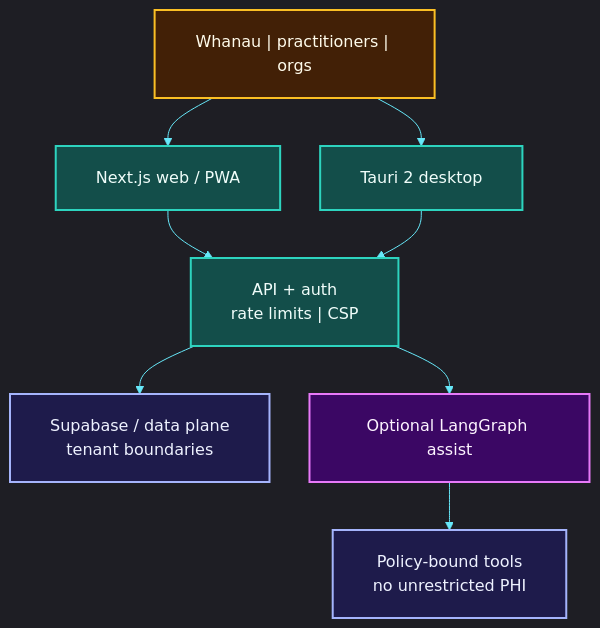
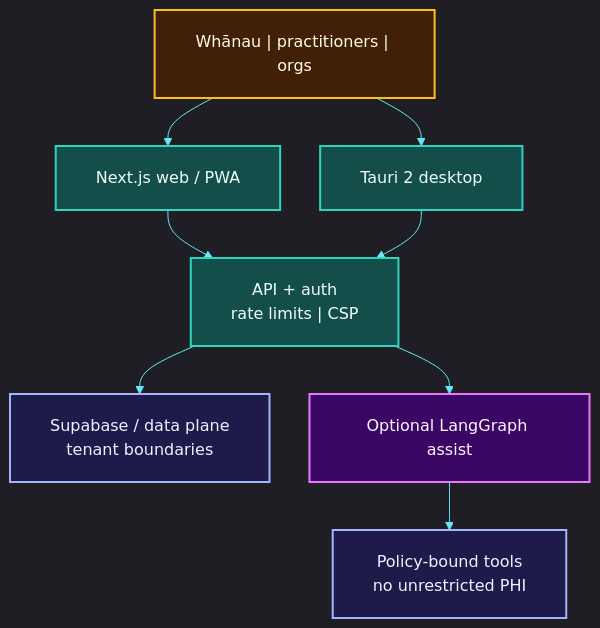
The diagram in README.md (fivepanelhat/Front_Line_Whanau), drawn with Mermaid before and after one commit. The commit also changed other lines of this file and 130 other files, not shown here.

````diff
--- a/README.md
+++ b/README.md
@@ -154,46 +154,46 @@
 ```mermaid
 %%{init: {
  "theme": "dark",
  "themeVariables": {
  "fontSize": "16px",
  "fontFamily": "Inter, ui-sans-serif, system-ui, sans-serif",
  "primaryColor": "#0ea5e9",
  "primaryTextColor": "#f8fafc",
  "primaryBorderColor": "#38bdf8",
  "lineColor": "#67e8f9",
  "secondaryColor": "#1e293b",
  "tertiaryColor": "#0f172a",
  "clusterBkg": "#0b1220cc",
  "clusterBorder": "#38bdf880",
  "titleColor": "#e2e8f0"
  },
  "flowchart": {
  "nodeSpacing": 40,
  "rankSpacing": 48,
  "padding": 20,
  "htmlLabels": true,
  "curve": "basis"
  }
 }}%%
 flowchart TB
 
  classDef sense fill:#052e16,stroke:#4ade80,stroke-width:2px,color:#f0fdf4
  classDef edge fill:#0c4a6e,stroke:#38bdf8,stroke-width:2px,color:#f0f9ff
  classDef core fill:#134e4a,stroke:#2dd4bf,stroke-width:2px,color:#f0fdfa
  classDef act fill:#422006,stroke:#fbbf24,stroke-width:2px,color:#fffbeb
  classDef store fill:#1e1b4b,stroke:#a5b4fc,stroke-width:2px,color:#eef2ff
  classDef ai fill:#3b0764,stroke:#e879f9,stroke-width:2px,color:#fdf4ff
  classDef app fill:#1e1b4b,stroke:#c4b5fd,stroke-width:2px,color:#eef2ff
 
- U["Whanau | practitioners | orgs"] --> WEB["Next.js web / PWA"]
+ U["Whānau | practitioners | orgs"] --> WEB["Next.js web / PWA"]
  U --> DESK["Tauri 2 desktop"]
  WEB & DESK --> API["API + auth<br/>rate limits | CSP"]
  API --> DB["Supabase / data plane<br/>tenant boundaries"]
  API --> AI["Optional LangGraph assist"]
  AI --> LOCAL["Policy-bound tools<br/>no unrestricted PHI"]
 
  class U act
  class WEB,DESK,API core
  class DB,LOCAL store
  class AI ai
 ```
````
